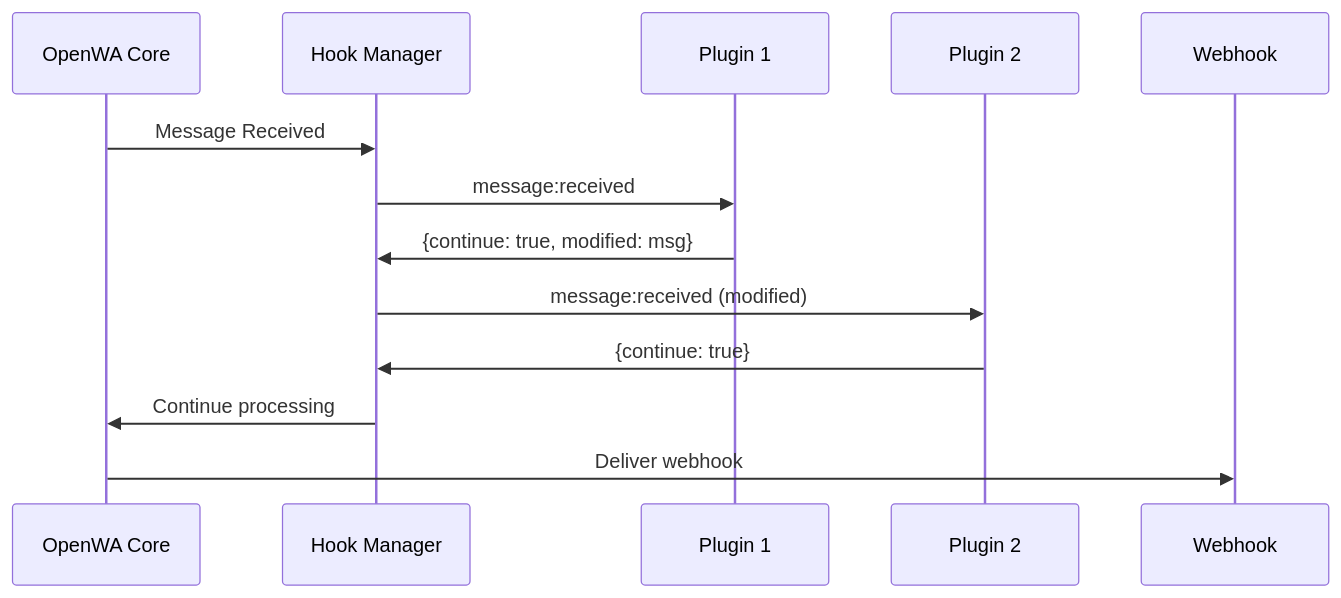
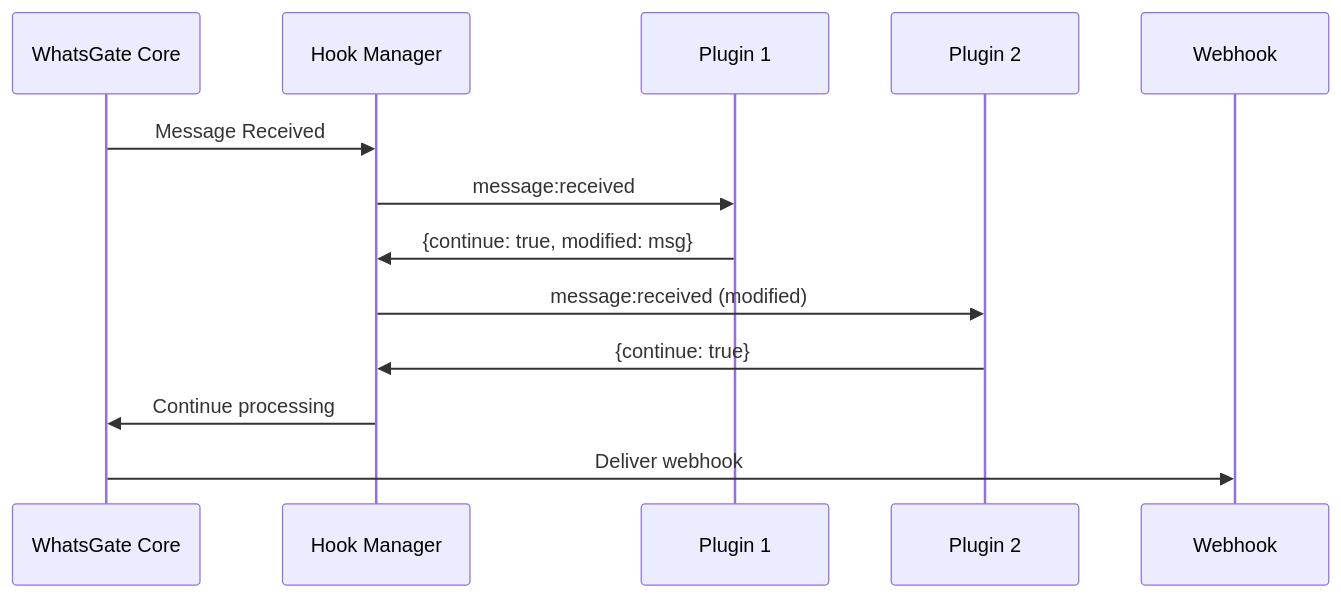
One commit to liminal-loop/whatsgate changed the third of 3 diagrams in docs/19-plugin-architecture.md. Above: the diagram before and after it, drawn with Mermaid. The commit also changed other lines of this file and 46 other files, not shown here.

Commit message:
chore: rebrand OpenWA to WhatsGate across app and docs

````diff
--- a/docs/19-plugin-architecture.md
+++ b/docs/19-plugin-architecture.md
@@ -406,16 +406,16 @@
 ```mermaid
 sequenceDiagram
-    participant Core as OpenWA Core
+    participant Core as WhatsGate Core
     participant HM as Hook Manager
     participant P1 as Plugin 1
     participant P2 as Plugin 2
     participant WH as Webhook
 
     Core->>HM: Message Received
     HM->>P1: message:received
     P1->>HM: {continue: true, modified: msg}
     HM->>P2: message:received (modified)
     P2->>HM: {continue: true}
     HM->>Core: Continue processing
     Core->>WH: Deliver webhook
 ```
````
